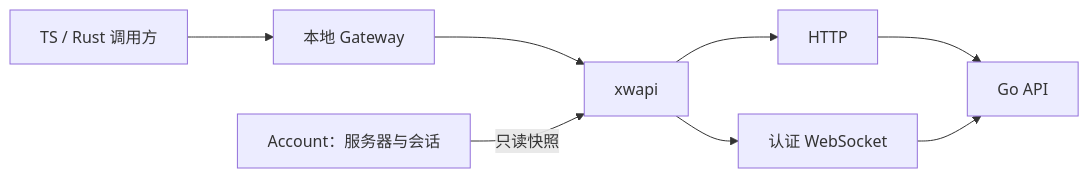
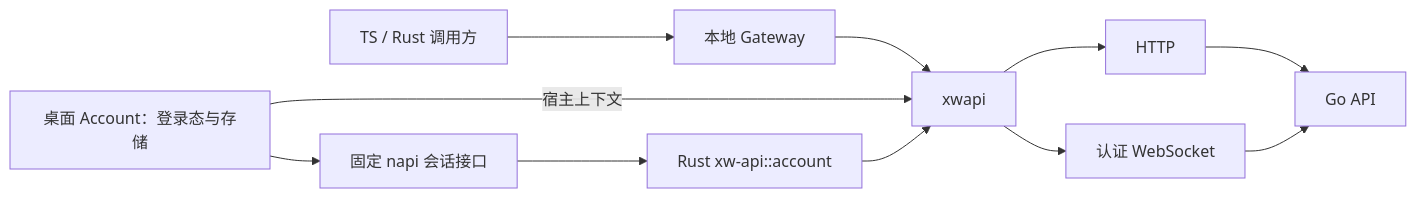
Before and after one commit to tctony-labs/xiaowei: the diagram in docs/xwapi.md, drawn with Mermaid. The commit also changed other lines of this file and 419 other files, not shown here.

````diff
--- a/docs/xwapi.md
+++ b/docs/xwapi.md
@@ -5,7 +7,8 @@
 ```mermaid
 flowchart LR
     Caller["TS / Rust 调用方"] --> Gateway["本地 Gateway"] --> Xwapi["xwapi"]
-    Account["Account：服务器与会话"] -->|"只读快照"| Xwapi
+    Account["桌面 Account：登录态与存储"] -->|"宿主上下文"| Xwapi
+    Account --> LocalSession["固定 napi 会话接口"] --> Session["Rust xw-api::account"] --> Xwapi
     Xwapi --> HTTP["HTTP"] --> Server["Go API"]
     Xwapi --> WS["认证 WebSocket"] --> Server
 ```
````
